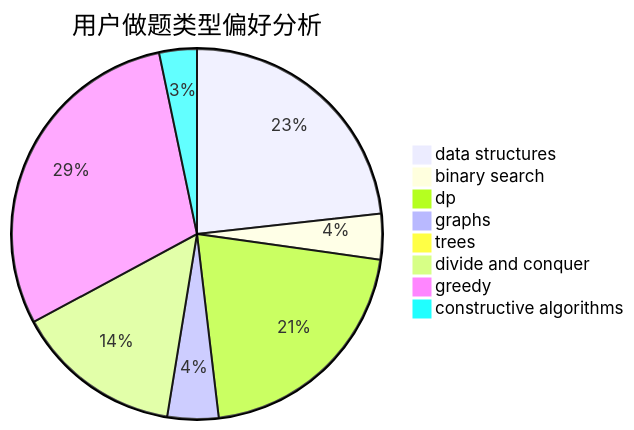
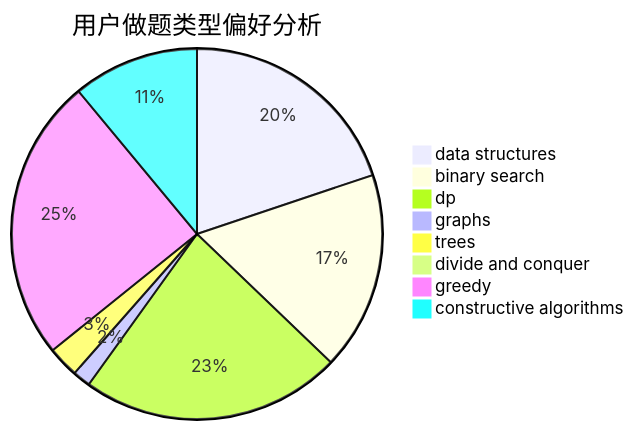
Before and after one commit to sherpahu/cfrs.github.io: the second of 3 diagrams in docs/user/u1410.md, drawn with Mermaid. The commit also changed other lines of this file and 2770 other files, not shown here.

````diff
--- a/docs/user/u1410.md
+++ b/docs/user/u1410.md
@@ -23,11 +23,11 @@
 ```mermaid
 pie title 用户做题类型偏好分析
-    "data structures" :  99
-    "binary search" :  17
-    "dp" :  89
-    "graphs" :  19
-    "trees" :  4
-    "divide and conquer" :  62
-    "greedy" :  126
-    "constructive algorithms" :  14
+    "data structures" :  533
+    "binary search" :  465
+    "dp" :  611
+    "graphs" :  42
+    "trees" :  73
+    "divide and conquer" :  9
+    "greedy" :  665
+    "constructive algorithms" :  296
 ```
````
